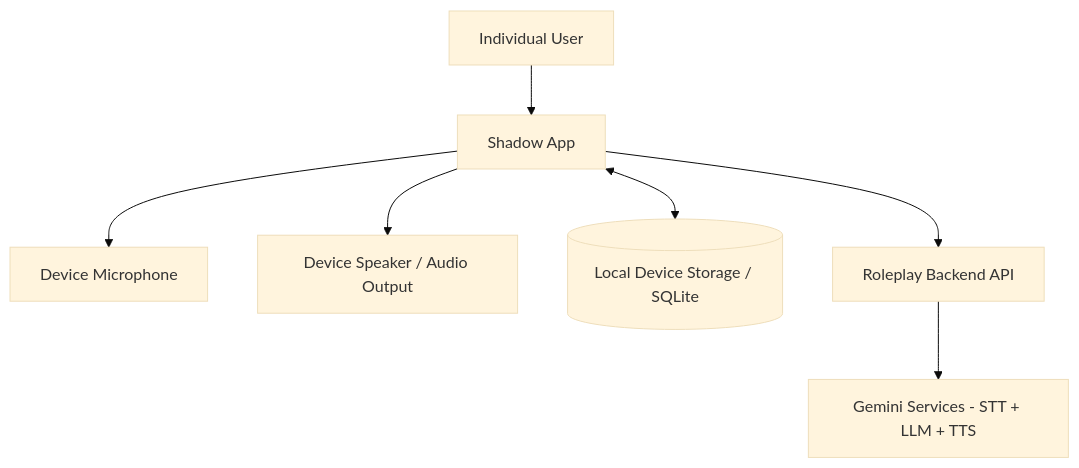
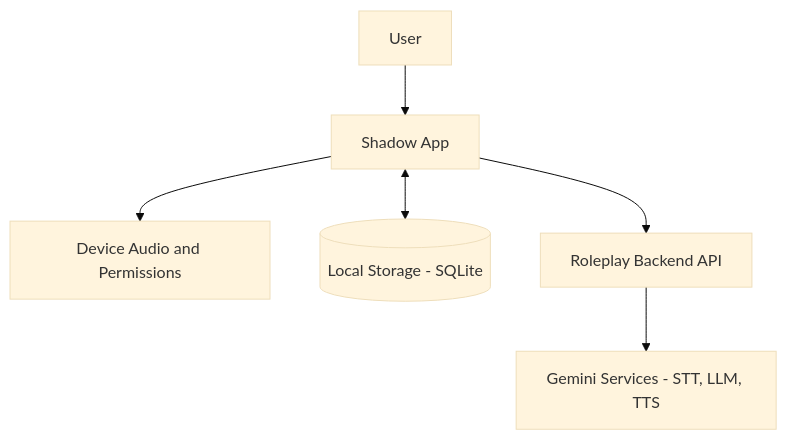
One commit to d00375828/SeniorProject changed the fourth of 4 diagrams in docs/NEWcore-diagrams.md. Above: the diagram before and after it, drawn with Mermaid (base theme).

````diff
--- a/docs/NEWcore-diagrams.md
+++ b/docs/NEWcore-diagrams.md
@@ -157,17 +157,15 @@
 ```mermaid
 flowchart TB
-    USER[Individual User]
+    USER[User]
     APP[Shadow App]
-    MIC[Device Microphone]
-    SPK[Device Speaker / Audio Output]
-    LOCAL[(Local Device Storage / SQLite)]
-    ROLEAPI[Roleplay Backend API]
-    GEMINI[Gemini Services - STT + LLM + TTS]
+    OS[Device Audio and Permissions]
+    LOCAL[(Local Storage - SQLite )]
+    API[Roleplay Backend API]
+    GEMINI[Gemini Services - STT, LLM, TTS]
 
     USER --> APP
-    APP --> MIC
-    APP --> SPK
+    APP --> OS
     APP <--> LOCAL
-    APP --> ROLEAPI
-    ROLEAPI --> GEMINI
+    APP --> API
+    API --> GEMINI
 ```
````
